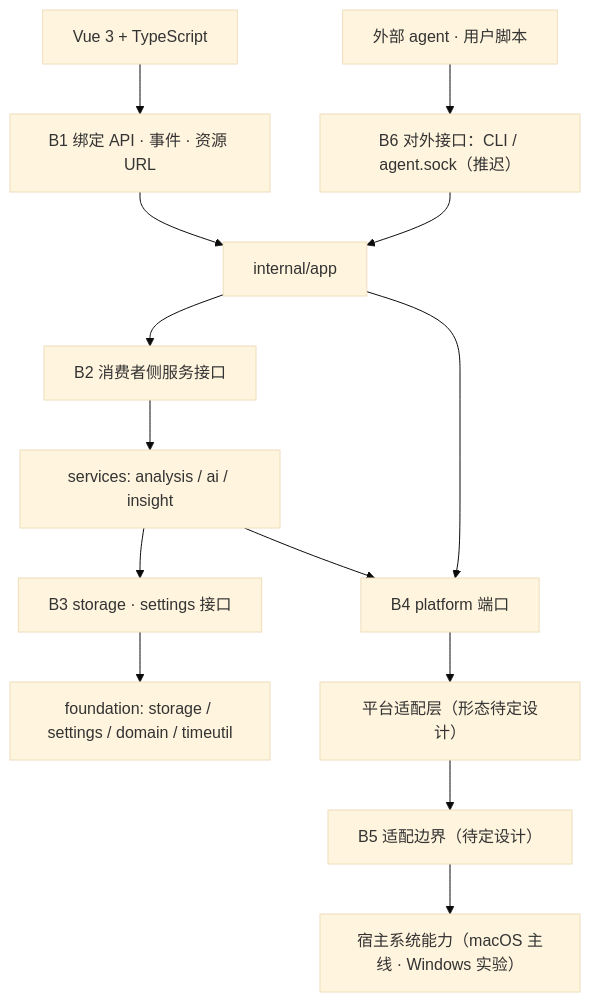
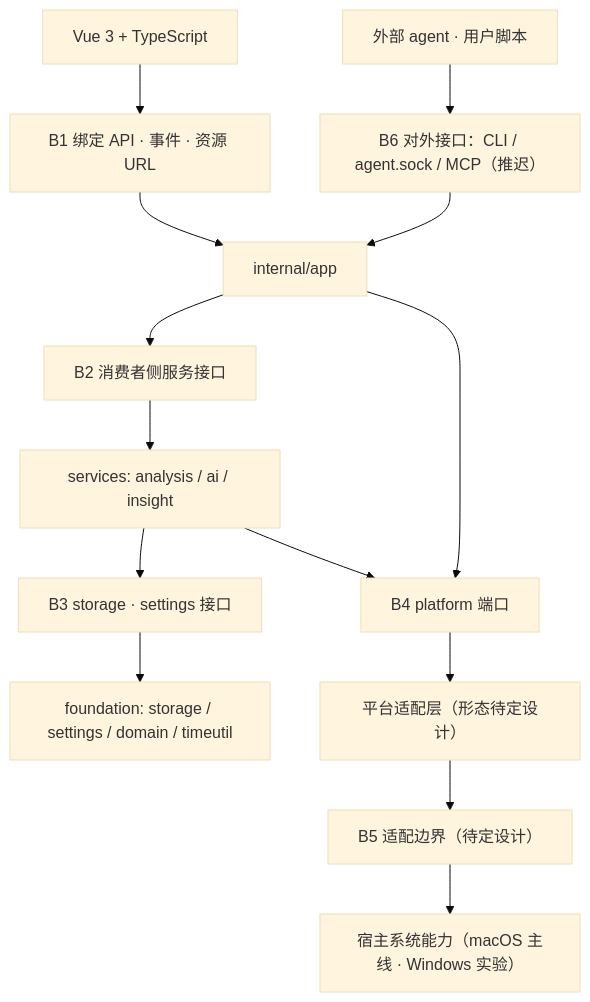
Before and after one commit to Jwz-git/Daygo: the diagram in docs/05-interface-contract.md, drawn with Mermaid (base theme). The commit also changed other lines of this file and 5 other files, not shown here.

First line of the commit message:
docs: prepare agent module design for cli, agent.sock and mcp

````diff
--- a/docs/05-interface-contract.md
+++ b/docs/05-interface-contract.md
@@ -32,24 +32,24 @@
 ```mermaid
 flowchart TD
     VUE["Vue 3 + TypeScript"]
     B1["B1 绑定 API · 事件 · 资源 URL"]
     APPL["internal/app"]
     B2["B2 消费者侧服务接口"]
     SVC["services: analysis / ai / insight"]
     B3["B3 storage · settings 接口"]
     FOUND["foundation: storage / settings / domain / timeutil"]
     B4["B4 platform 端口"]
     ADAPT["平台适配层（形态待定设计）"]
     B5["B5 适配边界（待定设计）"]
     OS["宿主系统能力（macOS 主线 · Windows 实验）"]
-    B6["B6 对外接口：CLI / agent.sock（推迟）"]
+    B6["B6 对外接口：CLI / agent.sock / MCP（推迟）"]
     EXT["外部 agent · 用户脚本"]
 
     VUE --> B1 --> APPL
     APPL --> B2 --> SVC
     SVC --> B3 --> FOUND
     SVC --> B4
     APPL --> B4
     B4 --> ADAPT --> B5 --> OS
     EXT --> B6 --> APPL
 ```
````
